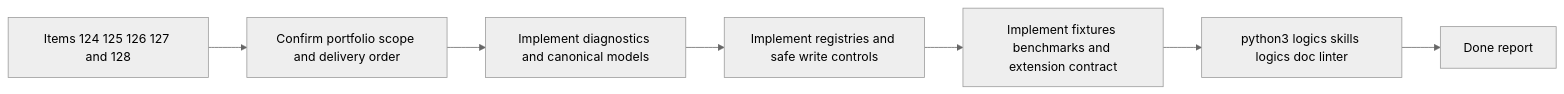
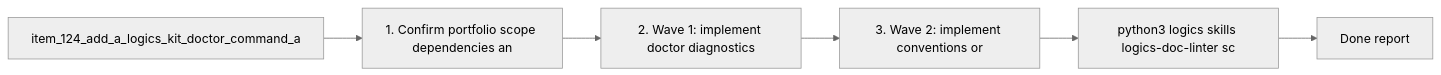
The diagram in logics/tasks/task_096_orchestration_delivery_for_req_084_diagnostics_safety_and_internal_runtime_contracts.md (AlexAgo83/logics-manager), drawn with Mermaid (neutral theme) before and after one commit. The commit also changed other lines of this file and 481 other files, not shown here.

````diff
--- a/logics/tasks/task_096_orchestration_delivery_for_req_084_diagnostics_safety_and_internal_runtime_contracts.md
+++ b/logics/tasks/task_096_orchestration_delivery_for_req_084_diagnostics_safety_and_internal_runtime_contracts.md
@@ -31,11 +31,10 @@
 ```mermaid
 %% logics-kind: task
 %% logics-signature: task|orchestration-delivery-for-req-084-diagn|item-124-add-a-logics-kit-doctor-command|1-confirm-portfolio-scope-dependencies-a|python3-logics-skills-logics-doc-linter-
 flowchart LR
-    Backlog[Items 124 125 126 127 and 128] --> Step1[Confirm portfolio scope and delivery order]
-    Step1 --> Step2[Implement diagnostics and canonical models]
-    Step2 --> Step3[Implement registries and safe write controls]
-    Step3 --> Step4[Implement fixtures benchmarks and extension contract]
-    Step4 --> Validation[python3 logics skills logics doc linter]
+    Backlog[item_124_add_a_logics_kit_doctor_command_a] --> Step1[1. Confirm portfolio scope dependencies an]
+    Step1 --> Step2[2. Wave 1: implement doctor diagnostics]
+    Step2 --> Step3[3. Wave 2: implement conventions or]
+    Step3 --> Validation[python3 logics skills logics-doc-linter sc]
     Validation --> Report[Done report]
 ```
````
